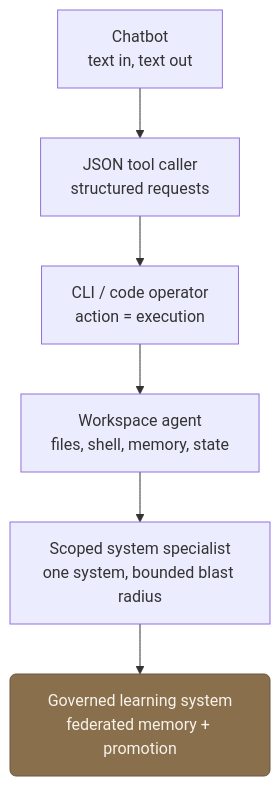
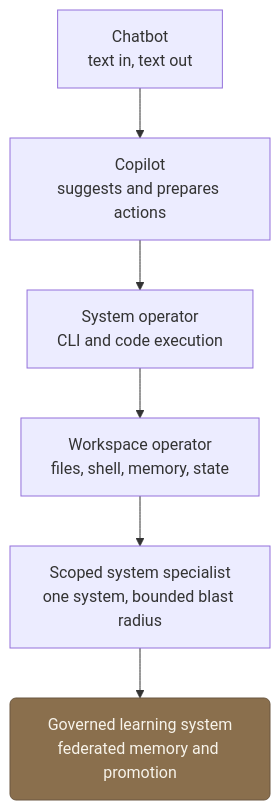
The first of 2 diagrams in content/thoughts/from-chatbots-to-system-operators.md (FVossebeld/FVossebeld.github.io), drawn with Mermaid before and after one commit. The commit also changed other lines of this file and 2 other files, not shown here.

Commit message:
Refine visual system guidance and progression diagram

````diff
--- a/content/thoughts/from-chatbots-to-system-operators.md
+++ b/content/thoughts/from-chatbots-to-system-operators.md
@@ -74,13 +64,13 @@
 ```mermaid
 flowchart TD
   accTitle: How agents evolve from chatbots into governed system operators
-  accDescr: A progression in six stages: chatbot, then JSON tool caller, then CLI and code operator, then workspace agent, then scoped enterprise system specialist, and finally a governed learning system.
+  accDescr: A progression in six stages, from chatbot to copilot to system operator and then into scoped governed enterprise execution.
 
   classDef accent fill:#8a6f4d,stroke:#6b5740,color:#f7f3ea,rx:6,ry:6
 
-  A[Chatbot<br/>text in, text out] --> B[JSON tool caller<br/>structured requests]
-  B --> C[CLI / code operator<br/>action = execution]
-  C --> D[Workspace agent<br/>files, shell, memory, state]
+  A[Chatbot<br/>text in, text out] --> B[Copilot<br/>suggests and prepares actions]
+  B --> C[System operator<br/>CLI and code execution]
+  C --> D[Workspace operator<br/>files, shell, memory, state]
   D --> E[Scoped system specialist<br/>one system, bounded blast radius]
-  E --> F[Governed learning system<br/>federated memory + promotion]:::accent
+  E --> F[Governed learning system<br/>federated memory and promotion]:::accent
 ```
````
